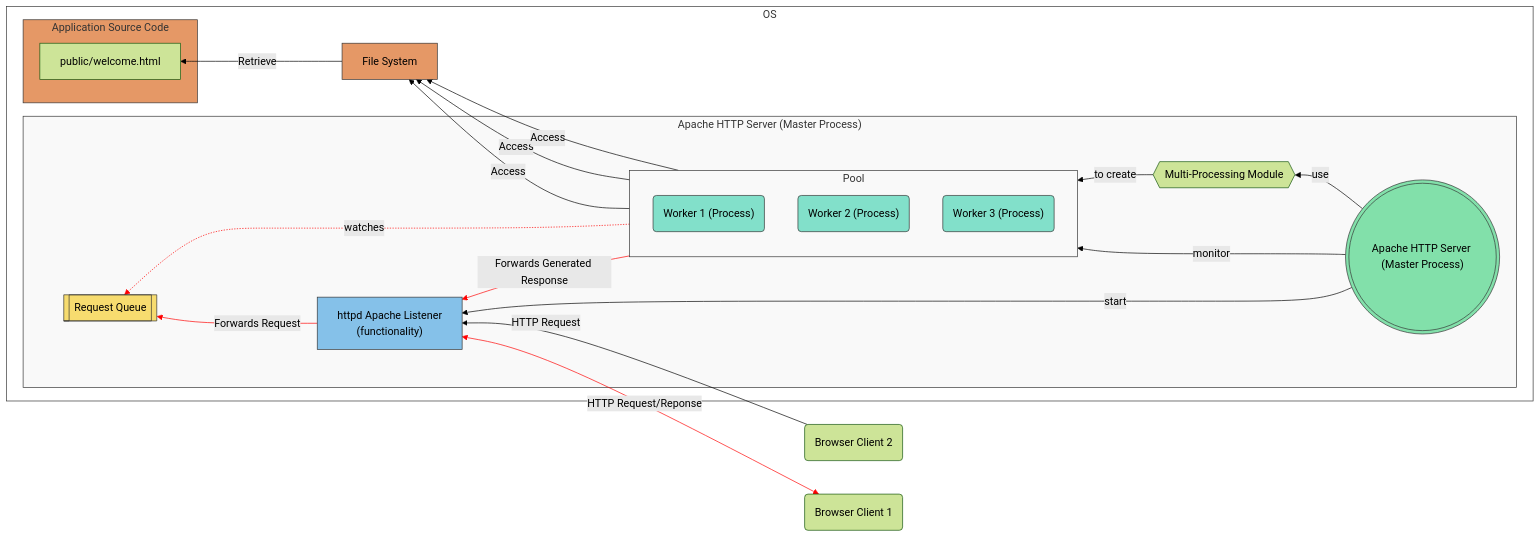
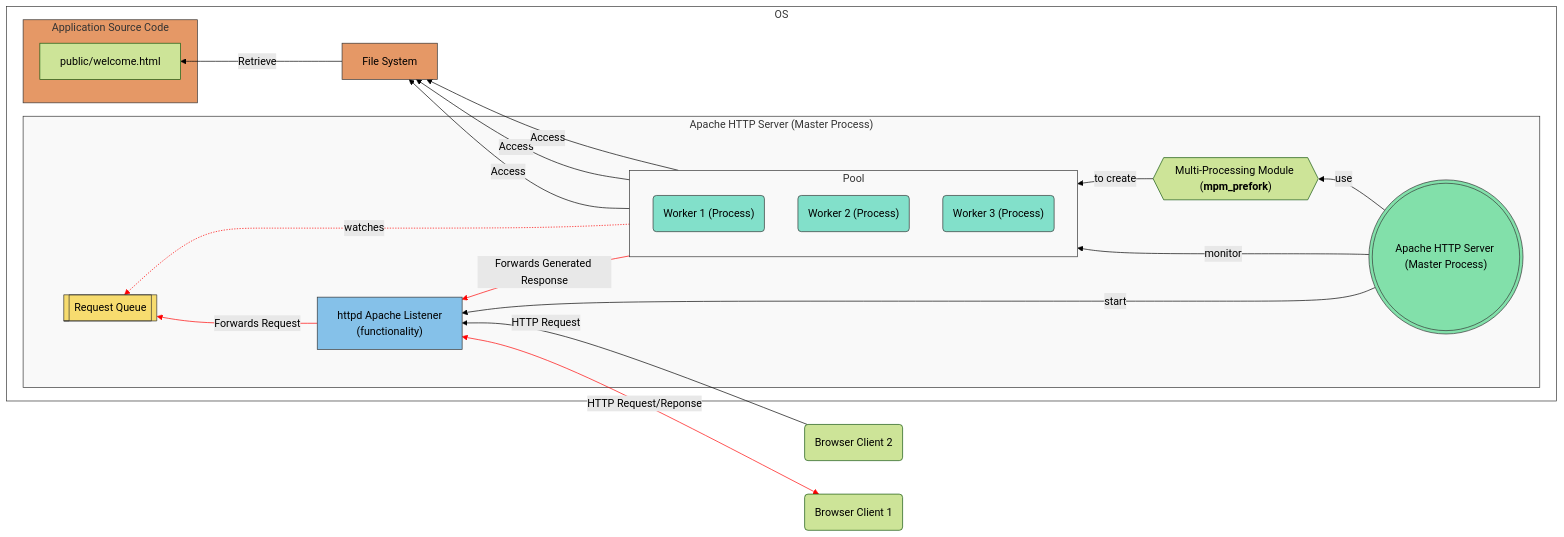
One commit to bytejutsu/report changed the fourth of 8 diagrams in part_2_understanding_web_applications/chapter_2_introduction_to_web_applications/2_web_server.md. Above: the diagram before and after it, drawn with Mermaid (forest theme). The commit also changed other lines of this file and 55 other files, not shown here.

````diff
--- a/part_2_understanding_web_applications/chapter_2_introduction_to_web_applications/2_web_server.md
+++ b/part_2_understanding_web_applications/chapter_2_introduction_to_web_applications/2_web_server.md
@@ -144,46 +146,47 @@
 ```mermaid
 
 graph RL;
   Browser1(Browser Client 1) <--> |HTTP Request/Reponse|HttpdModule;
   Browser2(Browser Client 2) --> |HTTP Request|HttpdModule;
   subgraph OS[OS]
     style OS fill:#ffffff00,stroke:#333;
     subgraph Apache["Apache HTTP Server (Master Process)"]
         HttpdModule["httpd Apache Listener<br>(functionality)"] -->|Forwards Request| Queue;
         MP((("Apache HTTP Server (Master Process)"))) -->|use|MPM;
         MP --> |monitor|Pool;
         MP --> |start|HttpdModule;
         MPM --> |to create|Pool;
         style Apache fill:#f9f9f9,stroke:#333;
         Queue[[Request Queue]];
-        MPM{{Multi-Processing Module}}
+        MPM{{"`Multi-Processing Module (**mpm_prefork**)`"}}
         subgraph Pool[Pool]
             direction TB;
             style Pool fill:#f9f9f9,stroke:#333;
             Worker1("Worker 1 (Process)");
             Worker2("Worker 2 (Process)");
             Worker3("Worker 3 (Process)");
         end
         Pool -. "watches" .-> Queue;
     end
     Worker1 -->|Access| FileSystem[File System];
     Worker1 -->|Forwards Generated Response|HttpdModule;
     Worker2 -->|Access| FileSystem;
     Worker3 -->|Access| FileSystem;
     FileSystem -->|Retrieve| WelcomePage[public/welcome.html];
     subgraph SourceCode[Application Source Code]
         style SourceCode fill:#f9f9f9,stroke:#333;
         WelcomePage[public/welcome.html];
     end
   end
   style HttpdModule fill:#85C1E9,stroke:#333;
   style Queue fill:#F7DC6F,stroke:#333;
   style Worker1 fill:#82E0CA,stroke:#333;
   style Worker2 fill:#82E0CA,stroke:#333;
   style Worker3 fill:#82E0CA,stroke:#333;
   style FileSystem fill:#E59866,stroke:#333;
   style SourceCode fill:#E59866,stroke:#333;
   style MP fill:#82E0AA,stroke:#333;
   linkStyle 0,2,7,9 stroke: red;
 
+
 ```
````
